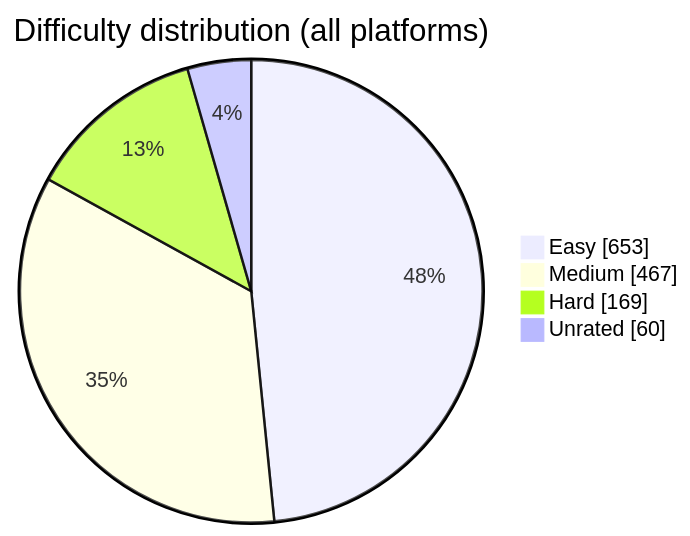
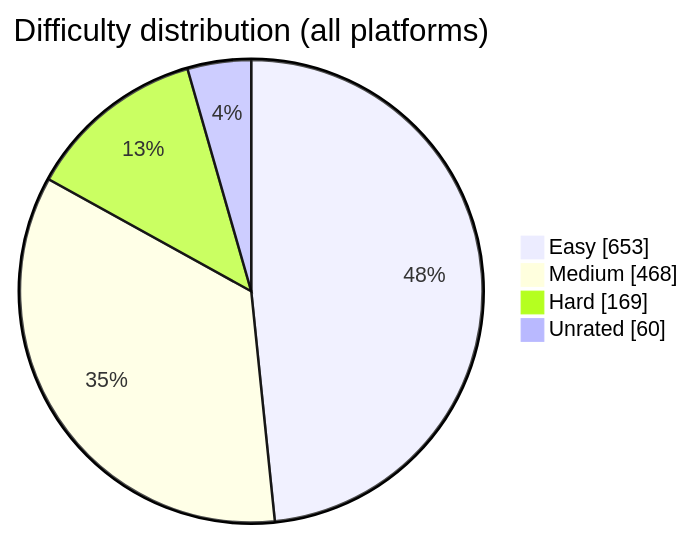
Before and after one commit to BuildbyArindam/Daily-Coding-Log: the diagram in README.md, drawn with Mermaid. The commit also changed other lines of this file, not shown here.

````diff
--- a/README.md
+++ b/README.md
@@ -93,7 +93,7 @@
 ```mermaid
 pie showData title Difficulty distribution (all platforms)
     "Easy" : 653
-    "Medium" : 467
+    "Medium" : 468
     "Hard" : 169
     "Unrated" : 60
 ```
````
